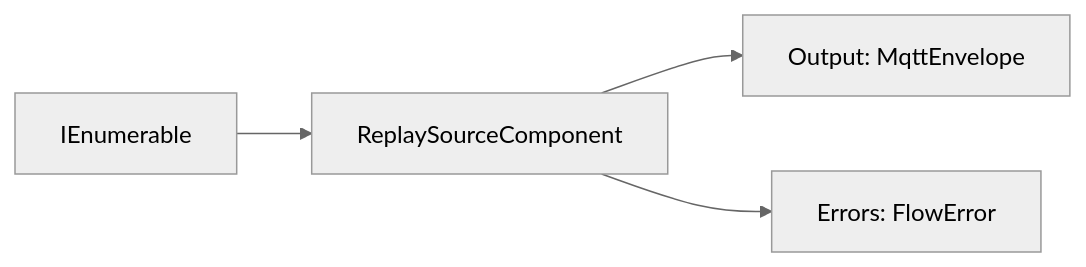
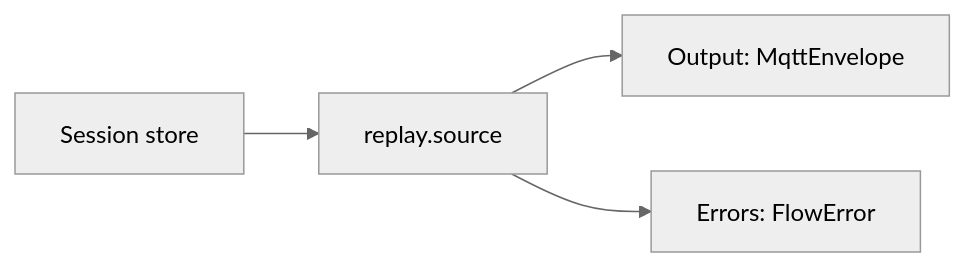
One commit to araxis/FluxMq changed the eighth of 20 diagrams in docs/flow-components.md. Above: the diagram before and after it, drawn with Mermaid (neutral theme). The commit also changed other lines of this file and 18 other files, not shown here.

````diff
--- a/docs/flow-components.md
+++ b/docs/flow-components.md
@@ -321,6 +321,6 @@
 ```mermaid
 flowchart LR
-    Messages["IEnumerable<MqttEnvelope>"] --> Replay["ReplaySourceComponent"]
+    Store["Session store"] --> Replay["replay.source"]
     Replay --> Out["Output: MqttEnvelope"]
     Replay --> Errors["Errors: FlowError"]
 ```
````
